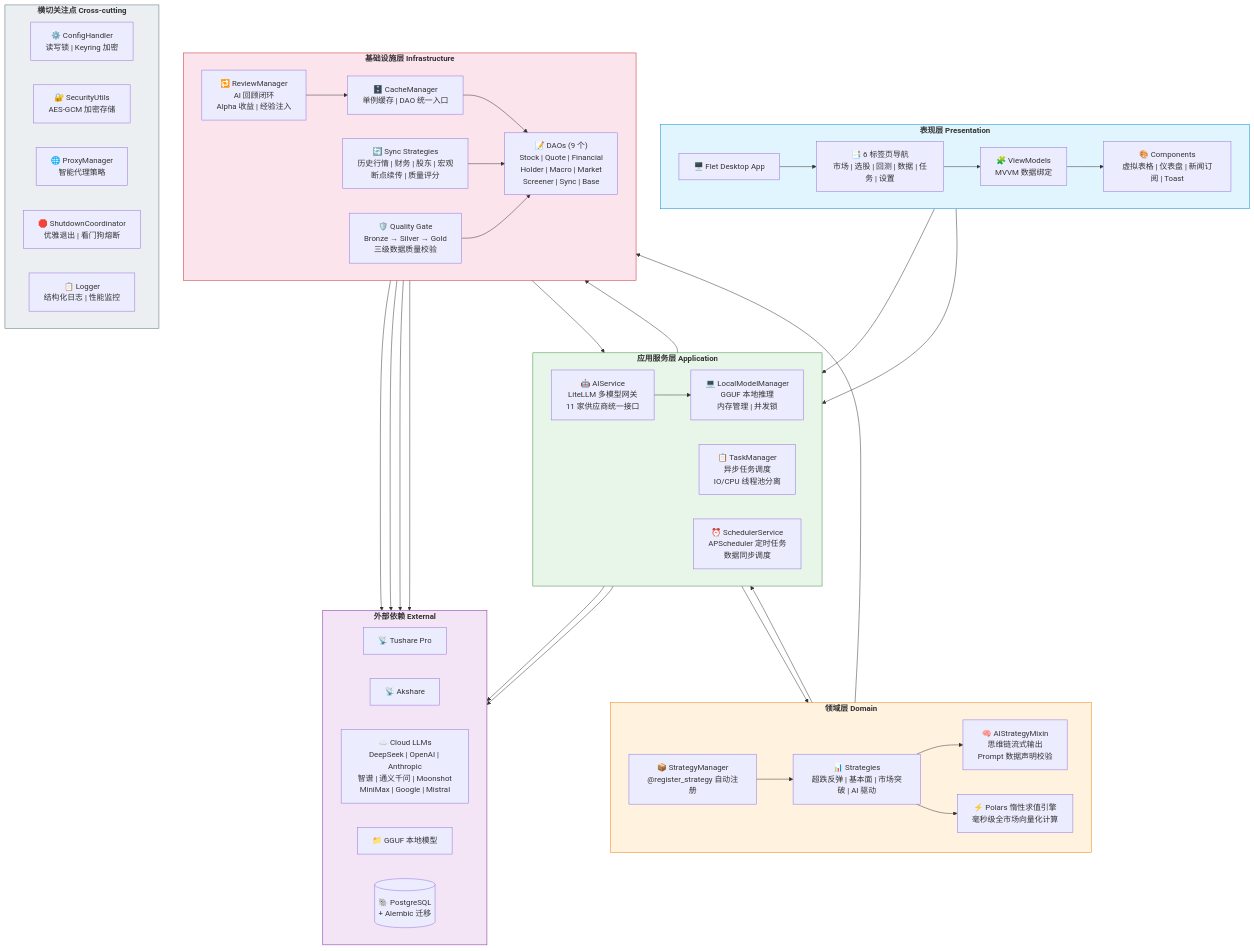
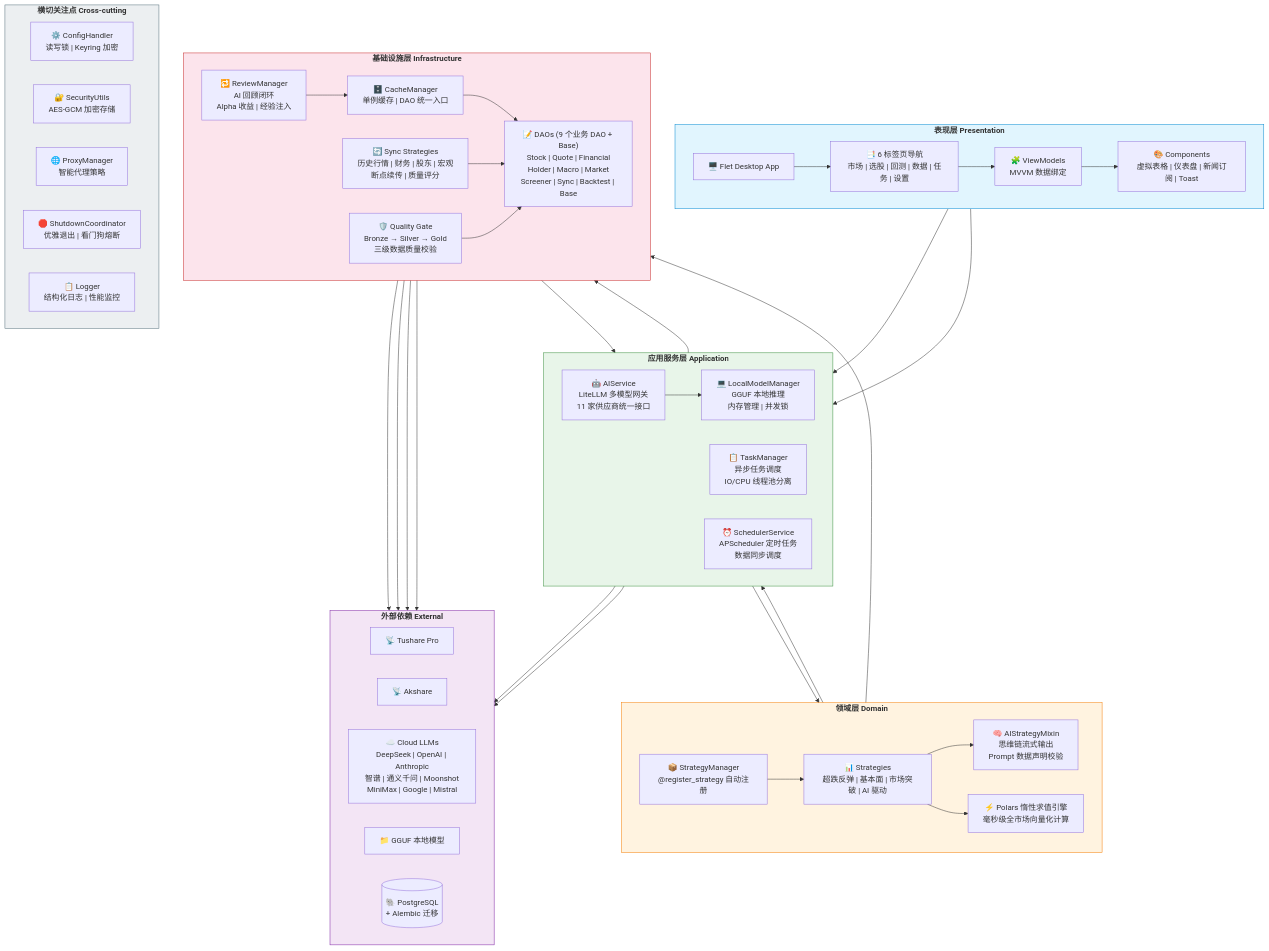
One commit to shi00/qTrading changed the diagram in README.md. Above: the diagram before and after it, drawn with Mermaid. The commit also changed other lines of this file and 3 other files, not shown here.

````diff
--- a/README.md
+++ b/README.md
@@ -285,81 +294,81 @@
 ```mermaid
 graph TB
     subgraph PRESENTATION["<b>表现层 Presentation</b>"]
         direction LR
         APP["🖥️ Flet Desktop App"]
         TABS["📑 6 标签页导航<br/>市场 | 选股 | 回测 | 数据 | 任务 | 设置"]
         VM["🧩 ViewModels<br/>MVVM 数据绑定"]
         COMP["🎨 Components<br/>虚拟表格 | 仪表盘 | 新闻订阅 | Toast"]
         APP --> TABS --> VM --> COMP
     end
 
     subgraph APPLICATION["<b>应用服务层 Application</b>"]
         direction LR
         AI["🤖 AIService<br/>LiteLLM 多模型网关<br/>11 家供应商统一接口"]
         TASK["📋 TaskManager<br/>异步任务调度<br/>IO/CPU 线程池分离"]
         LOCAL["💻 LocalModelManager<br/>GGUF 本地推理<br/>内存管理 | 并发锁"]
         SCHED["⏰ SchedulerService<br/>APScheduler 定时任务<br/>数据同步调度"]
     end
 
     subgraph DOMAIN["<b>领域层 Domain</b>"]
         direction LR
         REG["📦 StrategyManager<br/>@register_strategy 自动注册"]
         STG["📊 Strategies<br/>超跌反弹 | 基本面 | 市场突破 | AI 驱动"]
         MIX["🧠 AIStrategyMixin<br/>思维链流式输出<br/>Prompt 数据声明校验"]
         POLARS["⚡ Polars 惰性求值引擎<br/>毫秒级全市场向量化计算"]
         REG --> STG --> MIX
         STG --> POLARS
     end
 
     subgraph INFRA["<b>基础设施层 Infrastructure</b>"]
         direction LR
         CACHE["🗄️ CacheManager<br/>单例缓存 | DAO 统一入口"]
-        DAOS["📝 DAOs (9 个)<br/>Stock | Quote | Financial<br/>Holder | Macro | Market<br/>Screener | Sync | Base"]
+        DAOS["📝 DAOs (9 个业务 DAO + Base)<br/>Stock | Quote | Financial<br/>Holder | Macro | Market<br/>Screener | Sync | Backtest | Base"]
         SYNC["🔄 Sync Strategies<br/>历史行情 | 财务 | 股东 | 宏观<br/>断点续传 | 质量评分"]
         QUALITY["🛡️ Quality Gate<br/>Bronze → Silver → Gold<br/>三级数据质量校验"]
         REVIEW["🔁 ReviewManager<br/>AI 回顾闭环<br/>Alpha 收益 | 经验注入"]
         CACHE --> DAOS
         SYNC --> DAOS
         QUALITY --> DAOS
         REVIEW --> CACHE
     end
 
     subgraph EXTERNAL["<b>外部依赖 External</b>"]
         direction LR
         TUSHARE["📡 Tushare Pro"]
         AKSHARE["📡 Akshare"]
         CLOUD_LLM["☁️ Cloud LLMs<br/>DeepSeek | OpenAI | Anthropic<br/>智谱 | 通义千问 | Moonshot<br/>MiniMax | Google | Mistral"]
         GGUF["📁 GGUF 本地模型"]
         PG[("🐘 PostgreSQL<br/>+ Alembic 迁移")]
     end
 
     subgraph CROSS["<b>横切关注点 Cross-cutting</b>"]
         direction LR
         CONFIG["⚙️ ConfigHandler<br/>读写锁 | Keyring 加密"]
         SECURITY["🔐 SecurityUtils<br/>AES-GCM 加密存储"]
         PROXY["🌐 ProxyManager<br/>智能代理策略"]
         SHUTDOWN["🛑 ShutdownCoordinator<br/>优雅退出 | 看门狗熔断"]
         LOG["📋 Logger<br/>结构化日志 | 性能监控"]
     end
 
     VM --> AI
     VM --> TASK
     TASK --> STG
     MIX --> AI
     AI --> CLOUD_LLM
     AI --> LOCAL --> GGUF
     STG --> CACHE
     DAOS --> PG
     SYNC --> TUSHARE
     SYNC --> AKSHARE
     SCHED --> SYNC
     REVIEW --> AI
     REVIEW --> PG
 
     style PRESENTATION fill:#e1f5fe,stroke:#0288d1
     style APPLICATION fill:#e8f5e9,stroke:#388e3c
     style DOMAIN fill:#fff3e0,stroke:#f57c00
     style INFRA fill:#fce4ec,stroke:#c62828
     style EXTERNAL fill:#f3e5f5,stroke:#7b1fa2
     style CROSS fill:#eceff1,stroke:#546e7a
 ```
````
